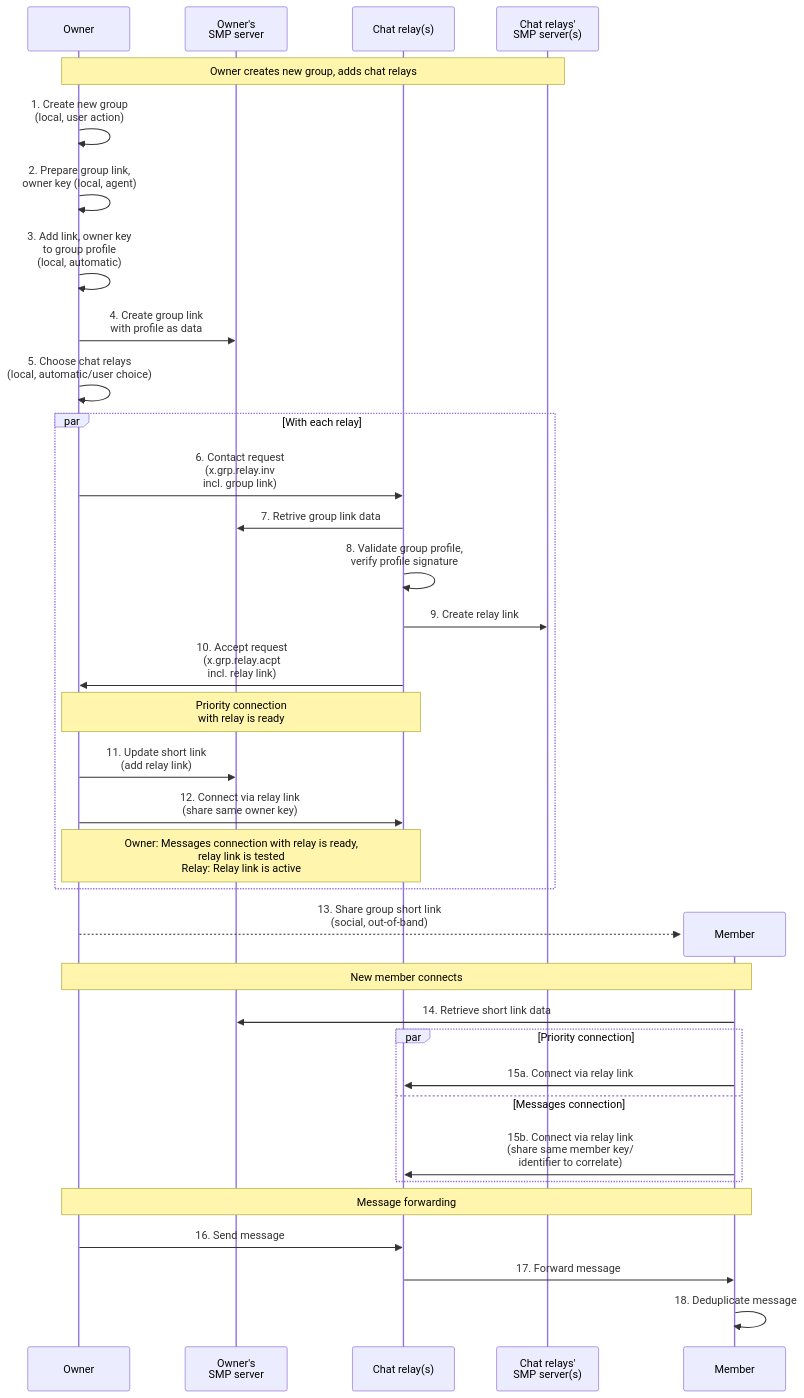
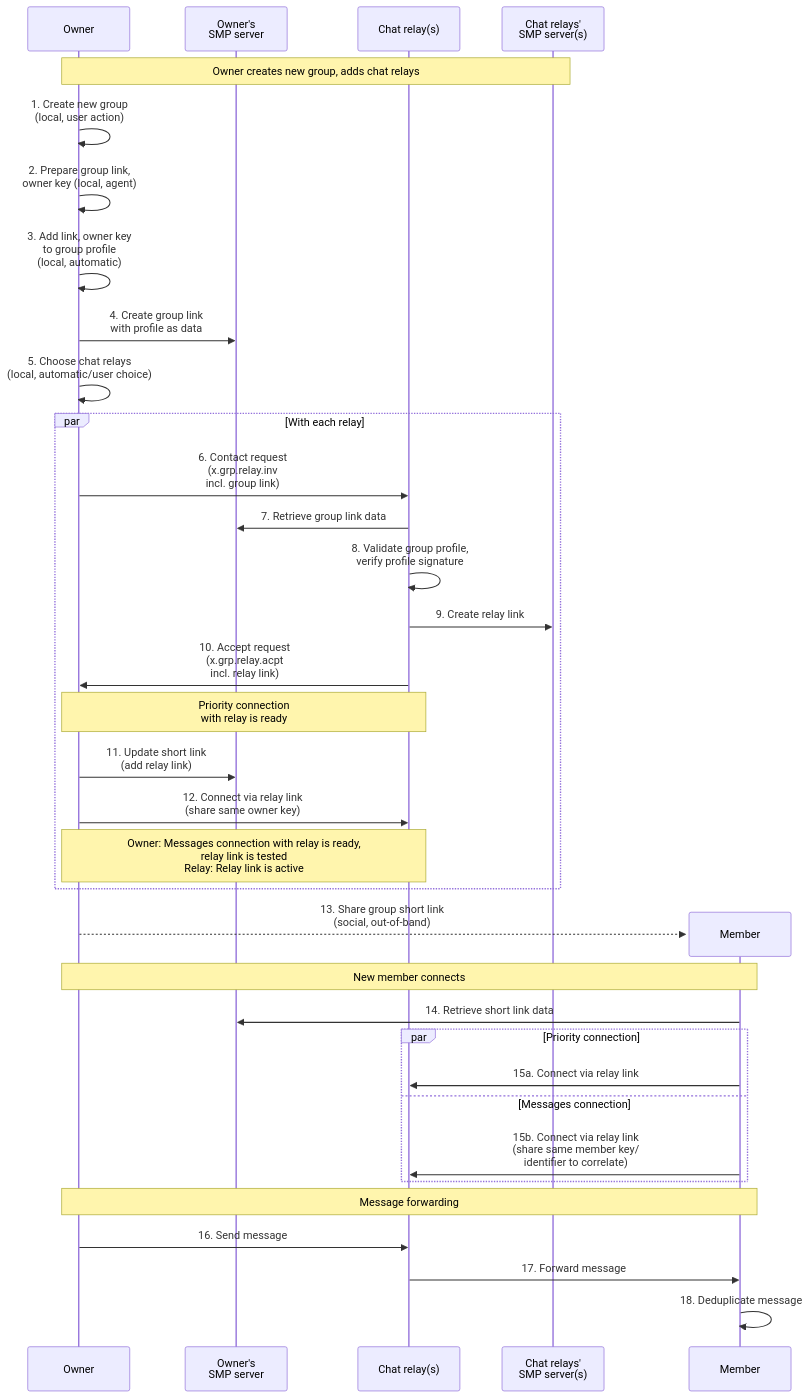
Before and after one commit to simplex-chat/simplex-chat: the third of 4 diagrams in docs/rfcs/2025-10-20-chat-relays.md, drawn with Mermaid.

````diff
--- a/docs/rfcs/2025-10-20-chat-relays.md
+++ b/docs/rfcs/2025-10-20-chat-relays.md
@@ -196,43 +196,43 @@
 ```mermaid
 sequenceDiagram
     participant O as Owner
     participant OSMP as Owner's<br>SMP server
     participant R as Chat relay(s)
     participant RSMP as Chat relays'<br>SMP server(s)
 
 note over O, RSMP: Owner creates new group, adds chat relays
 
 O ->> O: 1. Create new group<br>(local, user action)
 O ->> O: 2. Prepare group link,<br>owner key (local, agent)
 O ->> O: 3. Add link, owner key<br>to group profile<br>(local, automatic)
 O ->> OSMP: 4. Create group link<br>with profile as data
 O ->> O: 5. Choose chat relays<br>(local, automatic/user choice)
 par With each relay
     O ->> R: 6. Contact request<br>(x.grp.relay.inv<br>incl. group link)
-    R ->> OSMP: 7. Retrive group link data
+    R ->> OSMP: 7. Retrieve group link data
     R ->> R: 8. Validate group profile,<br>verify profile signature
     R ->> RSMP: 9. Create relay link
     R ->> O: 10. Accept request<br>(x.grp.relay.acpt<br>incl. relay link)
     note over O, R: Priority connection<br>with relay is ready
     O ->> OSMP: 11. Update short link<br>(add relay link)
     O ->> R: 12. Connect via relay link<br>(share same owner key)
     note over O, R: Owner: Messages connection with relay is ready,<br>relay link is tested<br>Relay: Relay link is active
 end
 create participant M as Member
 O -->> M: 13. Share group short link<br>(social, out-of-band)
 
 note over O, M: New member connects
 
 M ->> OSMP: 14. Retrieve short link data
 par Priority connection
     M ->> R: 15a. Connect via relay link
 and Messages connection
     M ->> R: 15b. Connect via relay link<br>(share same member key/<br>identifier to correlate)
 end
 
 note over O, M: Message forwarding
 
 O ->> R: 16. Send message
 R ->> M: 17. Forward message
 M ->> M: 18. Deduplicate message
 ```
````
